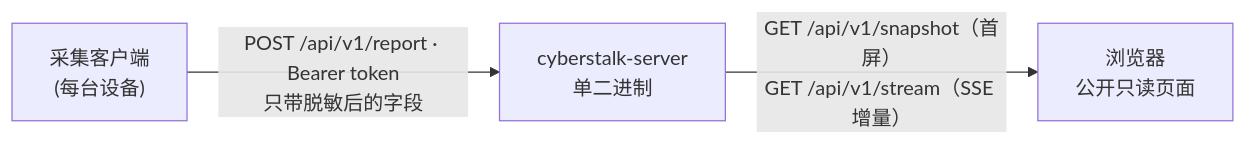
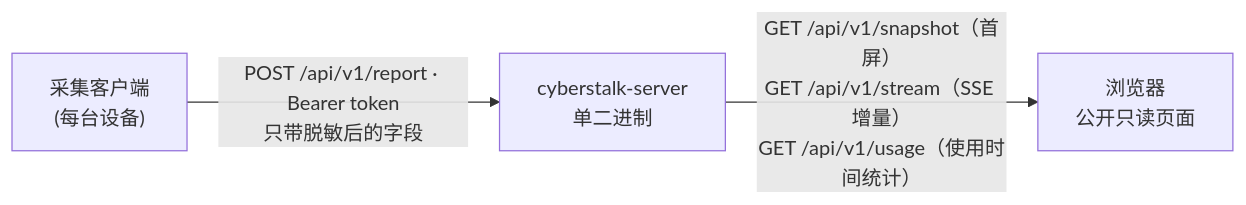
One commit to Sallyn0225/cyberstalk-me changed the diagram in README.md. Above: the diagram before and after it, drawn with Mermaid. The commit also changed other lines of this file and 4 other files, not shown here.

````diff
--- a/README.md
+++ b/README.md
@@ -50,9 +52,9 @@
 ```mermaid
 flowchart LR
     C["采集客户端<br/>(每台设备)"]
     S["cyberstalk-server<br/>单二进制"]
     B["浏览器<br/>公开只读页面"]
 
     C -->|"POST /api/v1/report · Bearer token<br/>只带脱敏后的字段"| S
-    S -->|"GET /api/v1/snapshot（首屏）<br/>GET /api/v1/stream（SSE 增量）"| B
+    S -->|"GET /api/v1/snapshot（首屏）<br/>GET /api/v1/stream（SSE 增量）<br/>GET /api/v1/usage（使用时间统计）"| B
 ```
````
